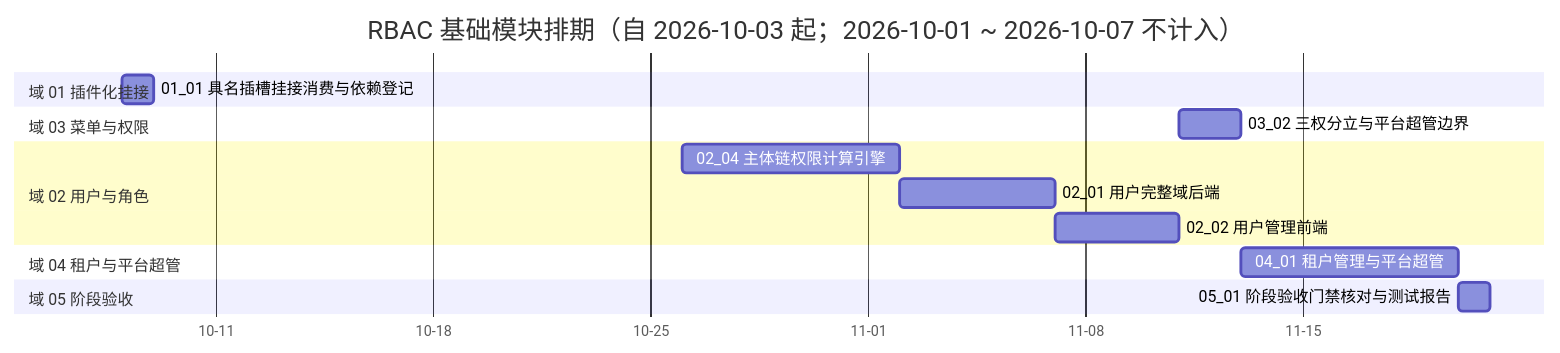
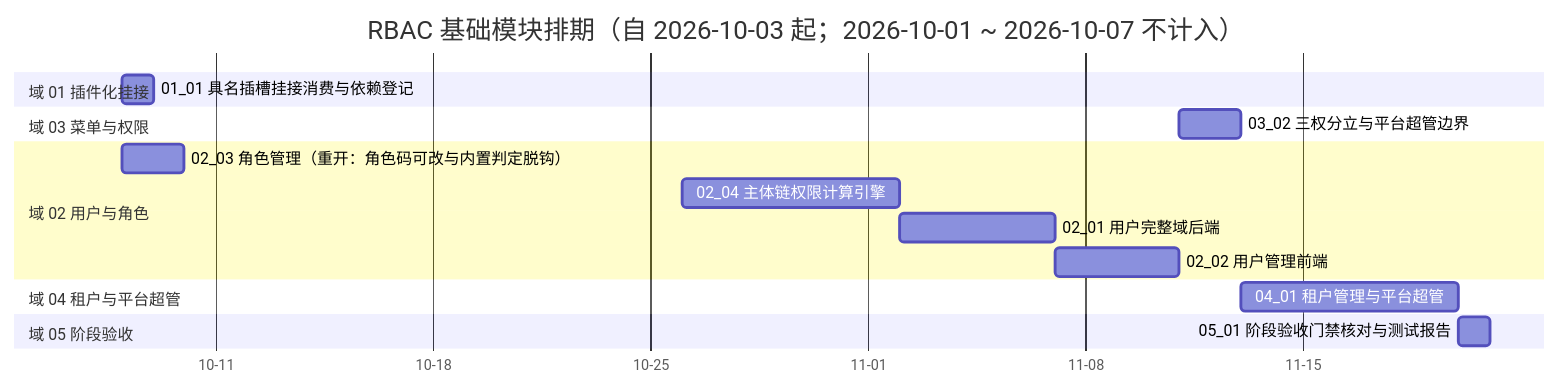
One commit to minjian123/basic-management-system changed the diagram in bms文档/项目/07_RBAC基础模块/计划/01_计划_RBAC基础模块.md. Above: the diagram before and after it, drawn with Mermaid. The commit also changed other lines of this file and 2 other files, not shown here.

````diff
--- a/bms文档/项目/07_RBAC基础模块/计划/01_计划_RBAC基础模块.md
+++ b/bms文档/项目/07_RBAC基础模块/计划/01_计划_RBAC基础模块.md
@@ -48,18 +50,19 @@
 ```mermaid
 gantt
     title RBAC 基础模块排期（自 2026-10-03 起；2026-10-01 ~ 2026-10-07 不计入）
     dateFormat  YYYY-MM-DD
     axisFormat %m-%d
     section 域 01 插件化挂接
     01_01 具名插槽挂接消费与依赖登记 :a0101, 2026-10-08, 1d
     section 域 03 菜单与权限
     03_02 三权分立与平台超管边界 :a0302, 2026-11-11, 2d
     section 域 02 用户与角色
+    02_03 角色管理（重开：角色码可改与内置判定脱钩） :a0203, 2026-10-08, 2d
     02_04 主体链权限计算引擎 :a0204, 2026-10-26, 7d
     02_01 用户完整域后端 :a0201, 2026-11-02, 5d
     02_02 用户管理前端 :a0202, 2026-11-07, 4d
     section 域 04 租户与平台超管
     04_01 租户管理与平台超管 :a0401, 2026-11-13, 7d
     section 域 05 阶段验收
     05_01 阶段验收门禁核对与测试报告 :a0501, 2026-11-20, 1d
 ```
````
